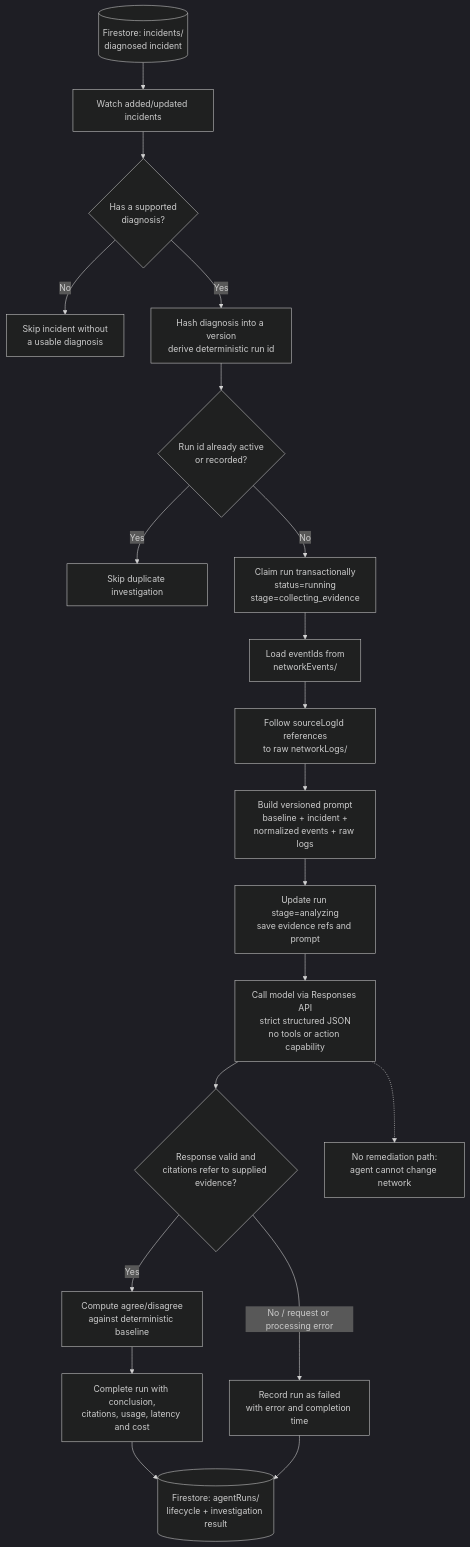
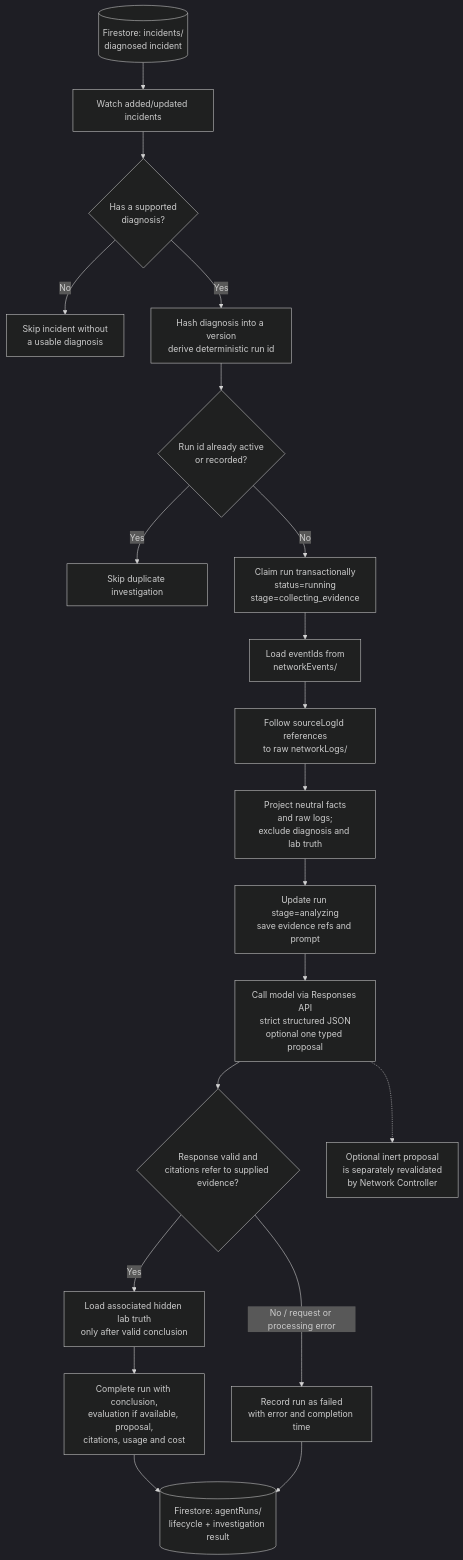
One commit to WillemSmit7/acn changed the fifth of 7 diagrams in docs/FunctionDiagrams.md. Above: the diagram before and after it, drawn with Mermaid (dark theme). The commit also changed other lines of this file and 10 other files, not shown here.

First line of the commit message:
Refactor architecture and documentation for Increment 5 and 6

````diff
--- a/docs/FunctionDiagrams.md
+++ b/docs/FunctionDiagrams.md
@@ -262,31 +264,31 @@
 ```mermaid
 flowchart TD
   A[("Firestore: incidents/<br/>diagnosed incident")]
   B["Watch added/updated incidents"]
   C{"Has a supported<br/>diagnosis?"}
   D["Skip incident without<br/>a usable diagnosis"]
   E["Hash diagnosis into a version<br/>derive deterministic run id"]
   F{"Run id already active<br/>or recorded?"}
   G["Skip duplicate investigation"]
   H["Claim run transactionally<br/>status=running<br/>stage=collecting_evidence"]
   I["Load eventIds from<br/>networkEvents/"]
   J["Follow sourceLogId references<br/>to raw networkLogs/"]
-  K["Build versioned prompt<br/>baseline + incident +<br/>normalized events + raw logs"]
+  K["Project neutral facts<br/>and raw logs;<br/>exclude diagnosis and lab truth"]
   L["Update run stage=analyzing<br/>save evidence refs and prompt"]
-  M["Call model via Responses API<br/>strict structured JSON<br/>no tools or action capability"]
+  M["Call model via Responses API<br/>strict structured JSON<br/>optional one typed proposal"]
   N{"Response valid and<br/>citations refer to supplied evidence?"}
-  O["Compute agree/disagree<br/>against deterministic baseline"]
-  P["Complete run with conclusion,<br/>citations, usage, latency and cost"]
+  O["Load associated hidden lab truth<br/>only after valid conclusion"]
+  P["Complete run with conclusion,<br/>evaluation if available, proposal,<br/>citations, usage and cost"]
   Q["Record run as failed<br/>with error and completion time"]
   R[("Firestore: agentRuns/<br/>lifecycle + investigation result")]
-  S["No remediation path:<br/>agent cannot change network"]
+  S["Optional inert proposal<br/>is separately revalidated<br/>by Network Controller"]
 
   A --> B --> C
   C -- "No" --> D
   C -- "Yes" --> E --> F
   F -- "Yes" --> G
   F -- "No" --> H --> I --> J --> K --> L --> M --> N
   N -- "Yes" --> O --> P --> R
   N -- "No / request or processing error" --> Q --> R
   M -.-> S
 ```
````
